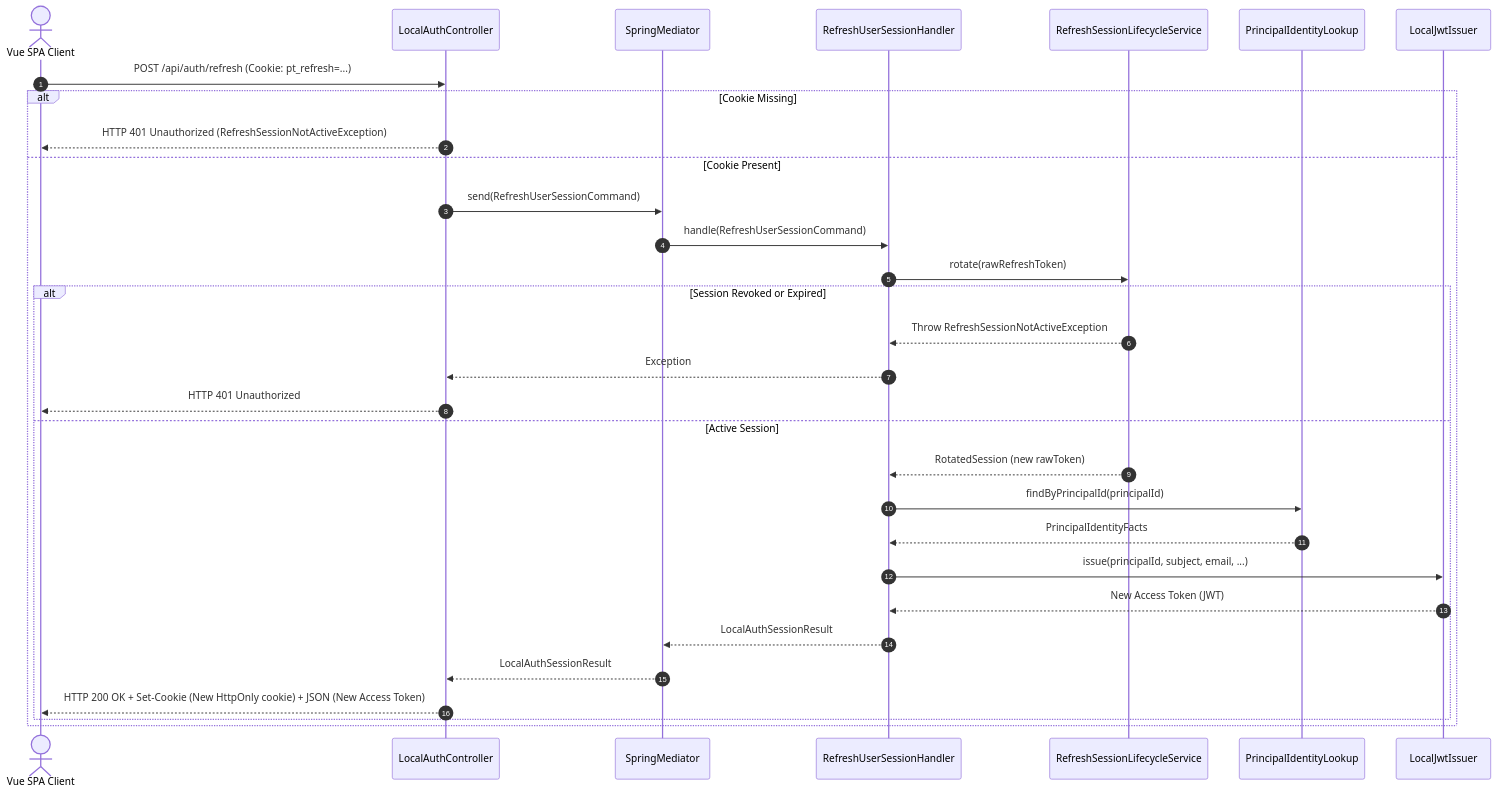
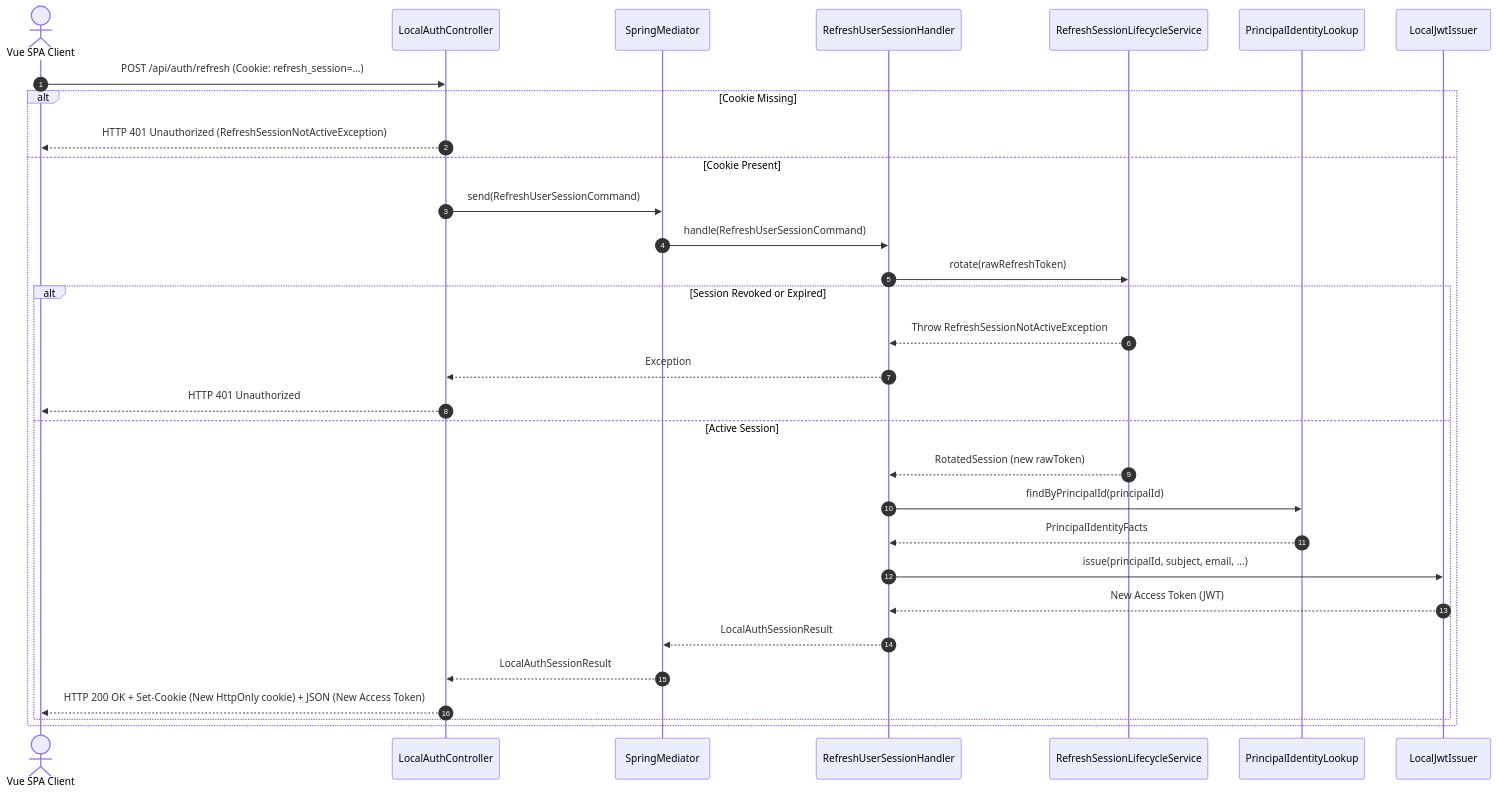
Before and after one commit to dallay/profiletailors.com: the second of 4 diagrams in docs/architecture/login-flow.md, drawn with Mermaid. The commit also changed other lines of this file and 22 other files, not shown here.

Commit message:
docs(architecture): add C4 and sequence diagrams for authentication login flow

````diff
--- a/docs/architecture/login-flow.md
+++ b/docs/architecture/login-flow.md
@@ -96,37 +93,37 @@
 ```mermaid
 sequenceDiagram
     autonumber
     actor User as Vue SPA Client
     participant Controller as LocalAuthController
     participant Mediator as SpringMediator
     participant Handler as RefreshUserSessionHandler
     participant RefreshService as RefreshSessionLifecycleService
     participant IdentityLookup as PrincipalIdentityLookup
     participant JwtIssuer as LocalJwtIssuer
 
-    User->>Controller: POST /api/auth/refresh (Cookie: pt_refresh=...)
+    User->>Controller: POST /api/auth/refresh (Cookie: refresh_session=...)
     alt Cookie Missing
         Controller-->>User: HTTP 401 Unauthorized (RefreshSessionNotActiveException)
     else Cookie Present
         Controller->>Mediator: send(RefreshUserSessionCommand)
         Mediator->>Handler: handle(RefreshUserSessionCommand)
 
         Handler->>RefreshService: rotate(rawRefreshToken)
         alt Session Revoked or Expired
             RefreshService-->>Handler: Throw RefreshSessionNotActiveException
             Handler-->>Controller: Exception
             Controller-->>User: HTTP 401 Unauthorized
         else Active Session
             RefreshService-->>Handler: RotatedSession (new rawToken)
             Handler->>IdentityLookup: findByPrincipalId(principalId)
             IdentityLookup-->>Handler: PrincipalIdentityFacts
 
             Handler->>JwtIssuer: issue(principalId, subject, email, ...)
             JwtIssuer-->>Handler: New Access Token (JWT)
 
             Handler-->>Mediator: LocalAuthSessionResult
             Mediator-->>Controller: LocalAuthSessionResult
             Controller-->>User: HTTP 200 OK + Set-Cookie (New HttpOnly cookie) + JSON (New Access Token)
         end
     end
 ```
````
